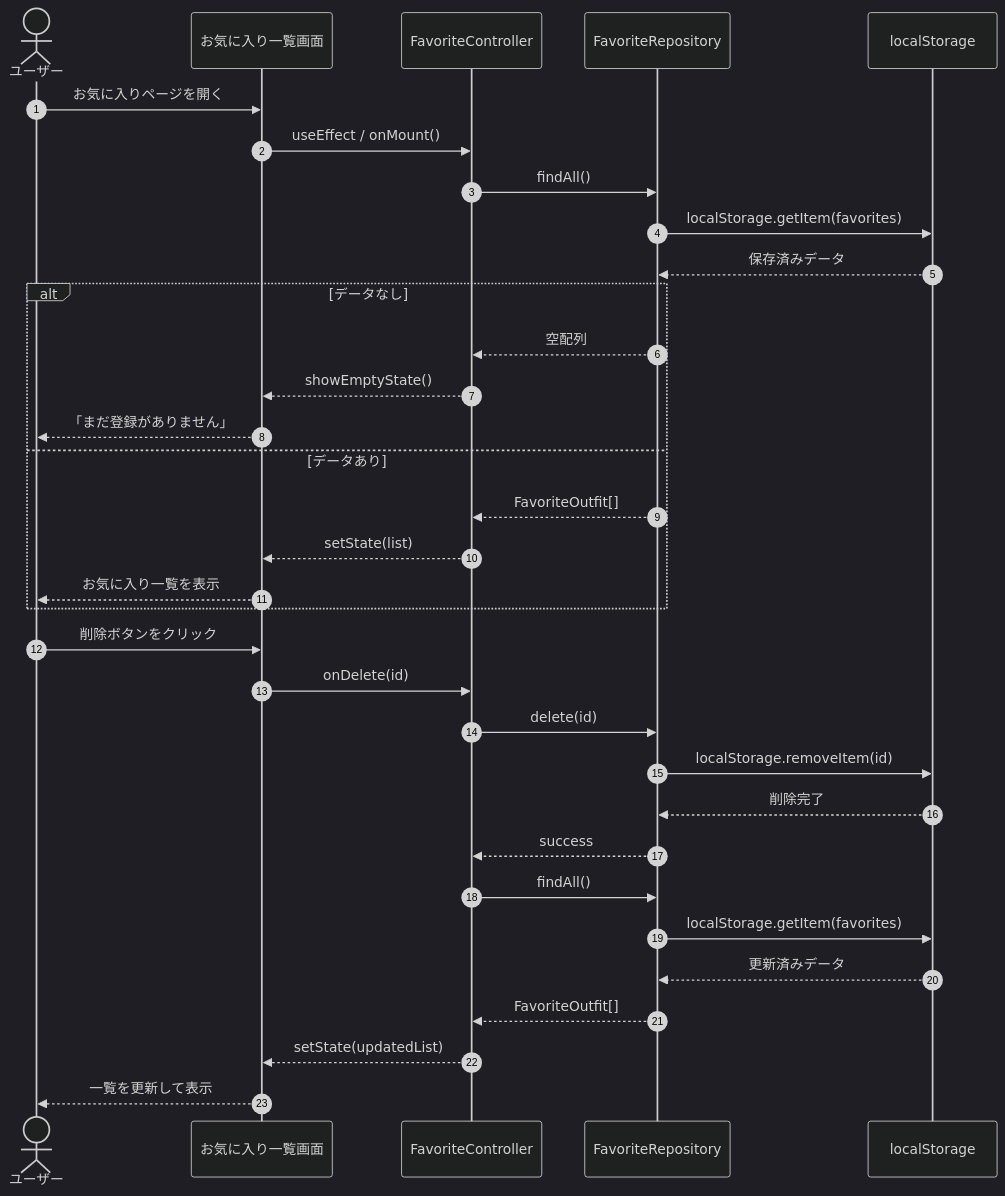
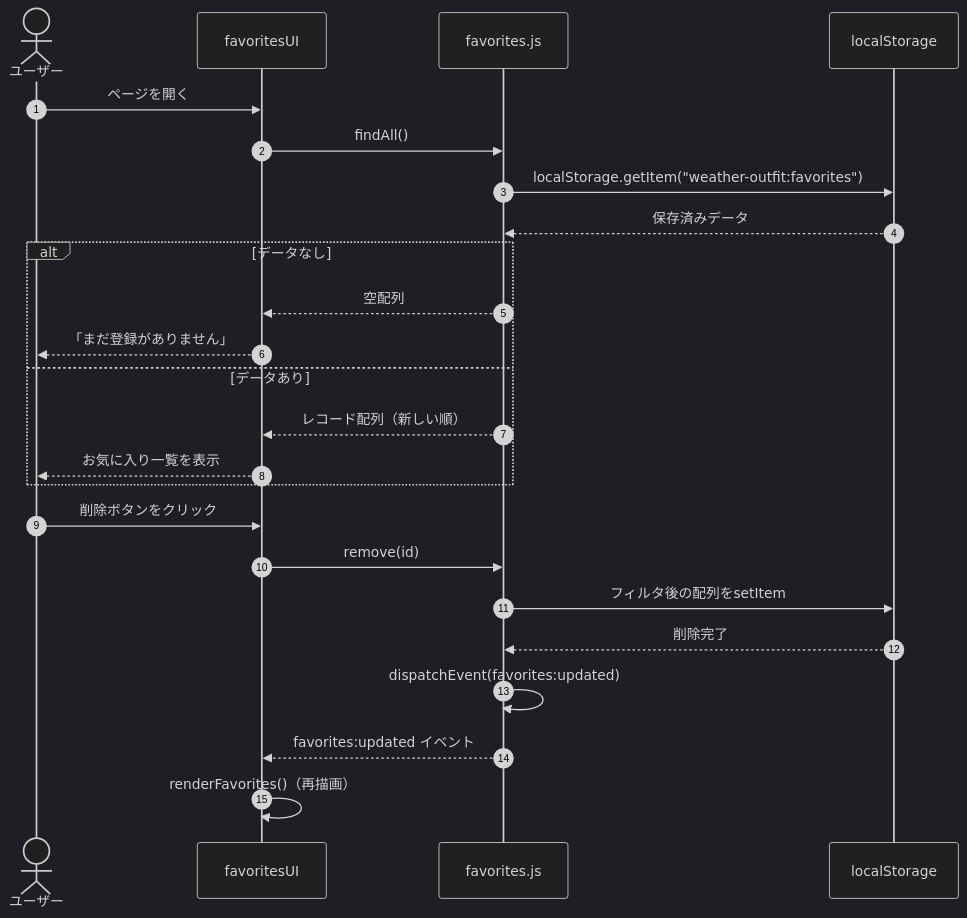
One commit to tsukushi-81/apri2 changed the eighth of 14 diagrams in README.md. Above: the diagram before and after it, drawn with Mermaid (dark theme). The commit also changed other lines of this file and 8 other files, not shown here.

````diff
--- a/README.md
+++ b/README.md
@@ -423,36 +510,27 @@
 ```mermaid
 sequenceDiagram
   autonumber
   actor User as ユーザー
-  participant UI as お気に入り一覧画面
-  participant Ctrl as FavoriteController
-  participant Repo as FavoriteRepository
+  participant UI as favoritesUI
+  participant Repo as favorites.js
   participant DB as localStorage
 
-  User->>UI: お気に入りページを開く
-  UI->>Ctrl: useEffect / onMount()
-  Ctrl->>Repo: findAll()
-  Repo->>DB: localStorage.getItem(favorites)
+  User->>UI: ページを開く
+  UI->>Repo: findAll()
+  Repo->>DB: localStorage.getItem("weather-outfit:favorites")
   DB-->>Repo: 保存済みデータ
   alt データなし
-    Repo-->>Ctrl: 空配列
-    Ctrl-->>UI: showEmptyState()
+    Repo-->>UI: 空配列
     UI-->>User: 「まだ登録がありません」
   else データあり
-    Repo-->>Ctrl: FavoriteOutfit[]
-    Ctrl-->>UI: setState(list)
+    Repo-->>UI: レコード配列（新しい順）
     UI-->>User: お気に入り一覧を表示
   end
   User->>UI: 削除ボタンをクリック
-  UI->>Ctrl: onDelete(id)
-  Ctrl->>Repo: delete(id)
-  Repo->>DB: localStorage.removeItem(id)
+  UI->>Repo: remove(id)
+  Repo->>DB: フィルタ後の配列をsetItem
   DB-->>Repo: 削除完了
-  Repo-->>Ctrl: success
-  Ctrl->>Repo: findAll()
-  Repo->>DB: localStorage.getItem(favorites)
-  DB-->>Repo: 更新済みデータ
-  Repo-->>Ctrl: FavoriteOutfit[]
-  Ctrl-->>UI: setState(updatedList)
-  UI-->>User: 一覧を更新して表示
+  Repo->>Repo: dispatchEvent(favorites:updated)
+  Repo-->>UI: favorites:updated イベント
+  UI->>UI: renderFavorites()（再描画）
 ```
````
